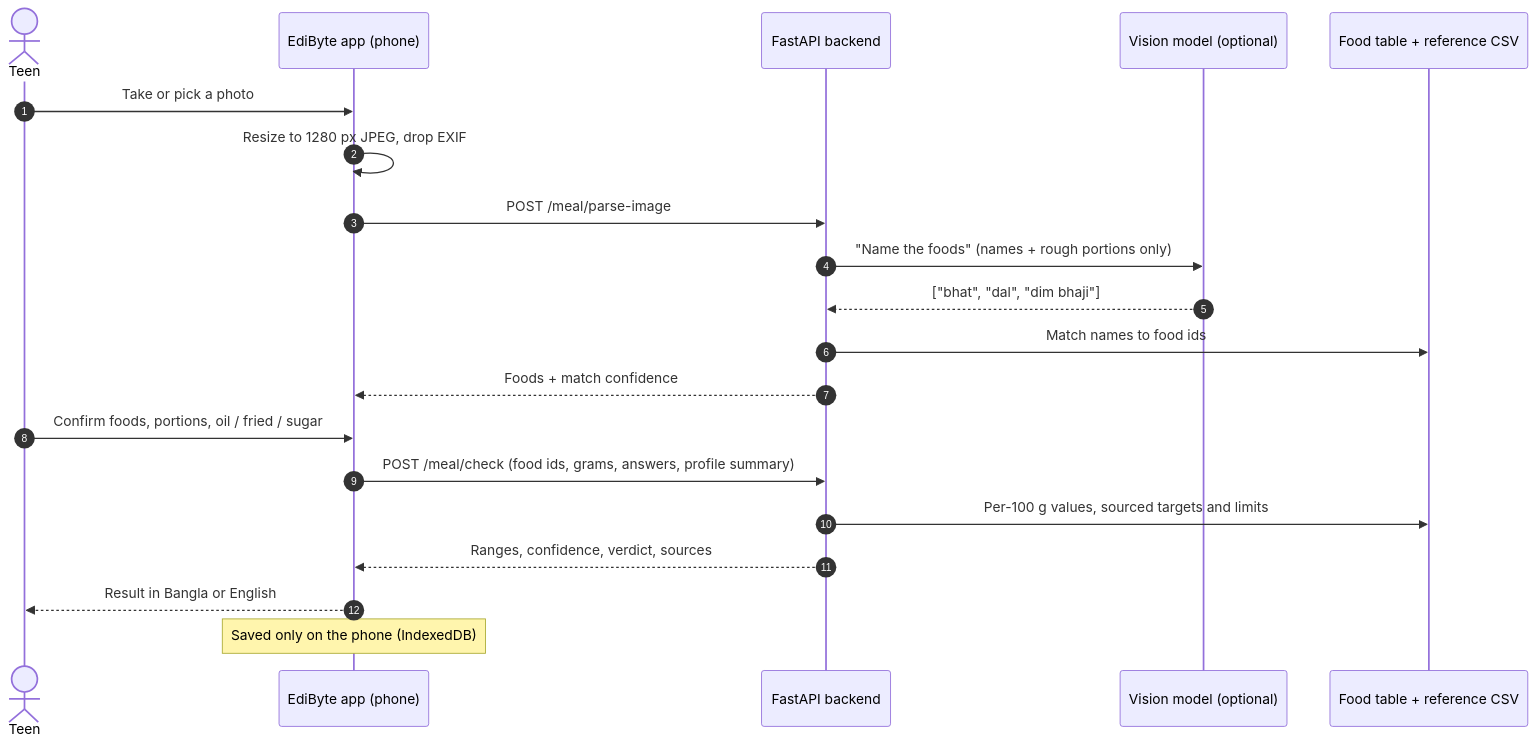
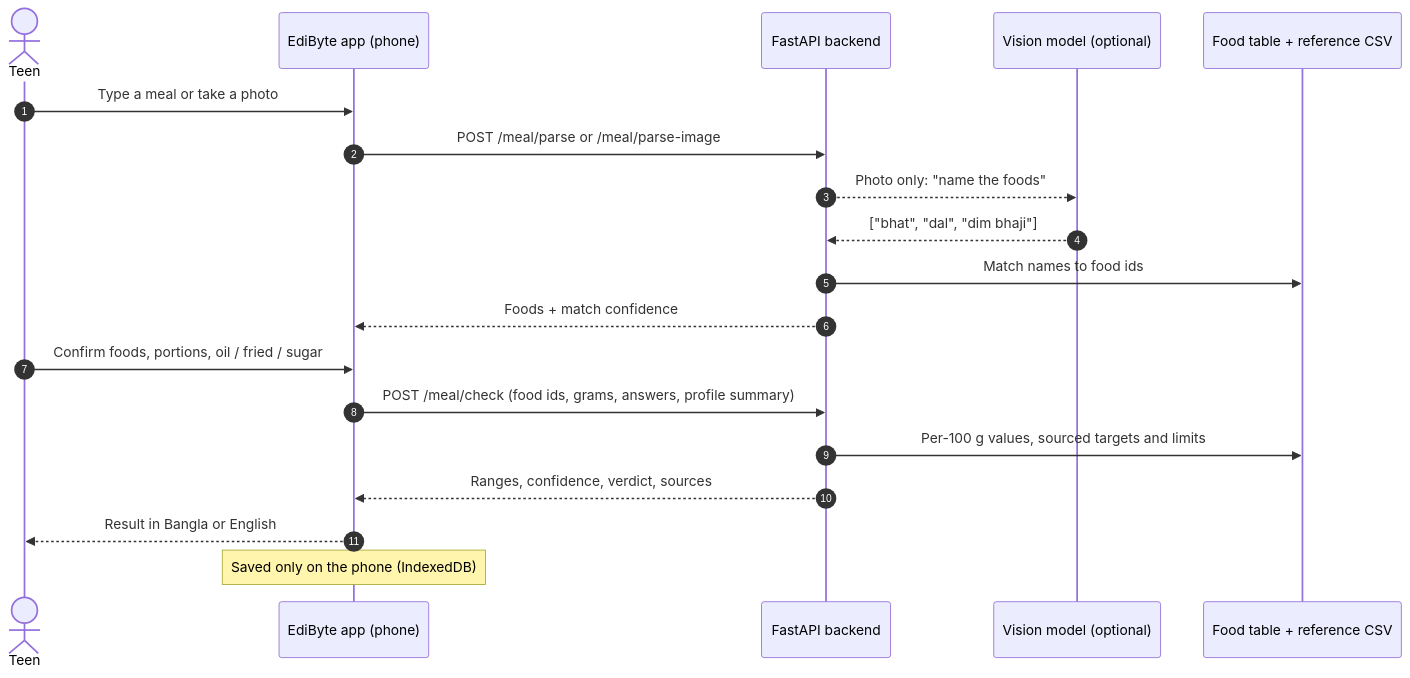
The first of 6 diagrams in README.md (es-ratt/edibyte), drawn with Mermaid before and after one commit. The commit also changed other lines of this file, not shown here.

````diff
--- a/README.md
+++ b/README.md
@@ -118,23 +114,22 @@
 ```mermaid
 sequenceDiagram
     autonumber
     actor Teen
     participant App as EdiByte app (phone)
     participant API as FastAPI backend
     participant LLM as Vision model (optional)
     participant Data as Food table + reference CSV
 
-    Teen->>App: Take or pick a photo
-    App->>App: Resize to 1280 px JPEG, drop EXIF
-    App->>API: POST /meal/parse-image
-    API->>LLM: "Name the foods" (names + rough portions only)
+    Teen->>App: Type a meal or take a photo
+    App->>API: POST /meal/parse or /meal/parse-image
+    API-->>LLM: Photo only: "name the foods"
     LLM-->>API: ["bhat", "dal", "dim bhaji"]
     API->>Data: Match names to food ids
     API-->>App: Foods + match confidence
     Teen->>App: Confirm foods, portions, oil / fried / sugar
     App->>API: POST /meal/check (food ids, grams, answers, profile summary)
     API->>Data: Per-100 g values, sourced targets and limits
     API-->>App: Ranges, confidence, verdict, sources
     App-->>Teen: Result in Bangla or English
     Note over App: Saved only on the phone (IndexedDB)
 ```
````
